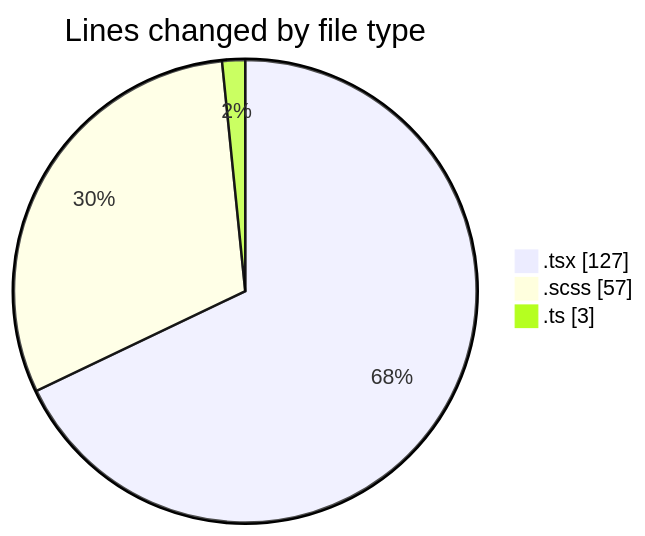
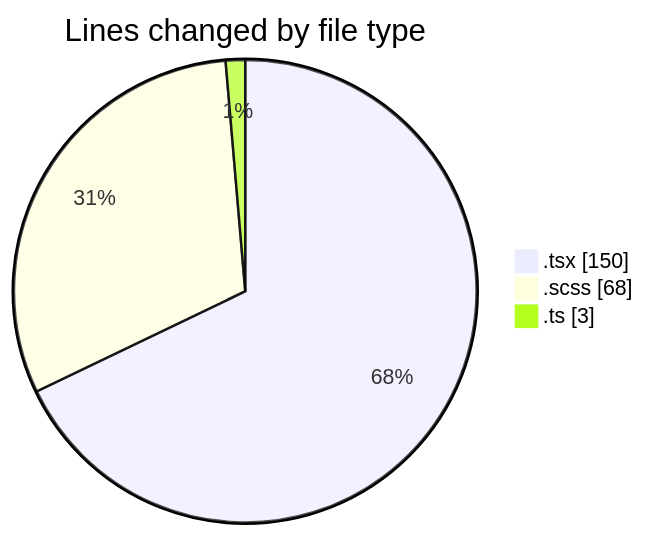
Before and after one commit to momahboobian/code-tracking: the first of 2 diagrams in 2026-10-30/cda/README.md, drawn with Mermaid. The commit also changed other lines of this file and 1 other file, not shown here.

````diff
--- a/2026-10-30/cda/README.md
+++ b/2026-10-30/cda/README.md
@@ -24,7 +24,7 @@
 ```mermaid
 pie showData
 title Lines changed by file type
-".tsx" : 127
-".scss" : 57
+".tsx" : 150
+".scss" : 68
 ".ts" : 3
 ```
````
